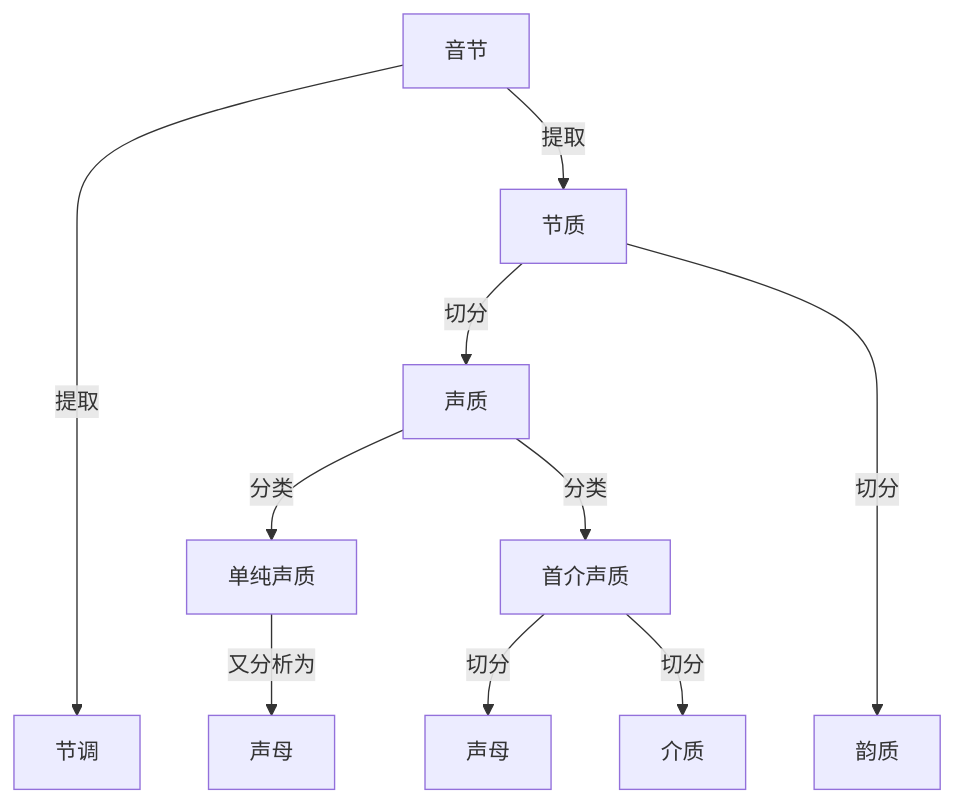
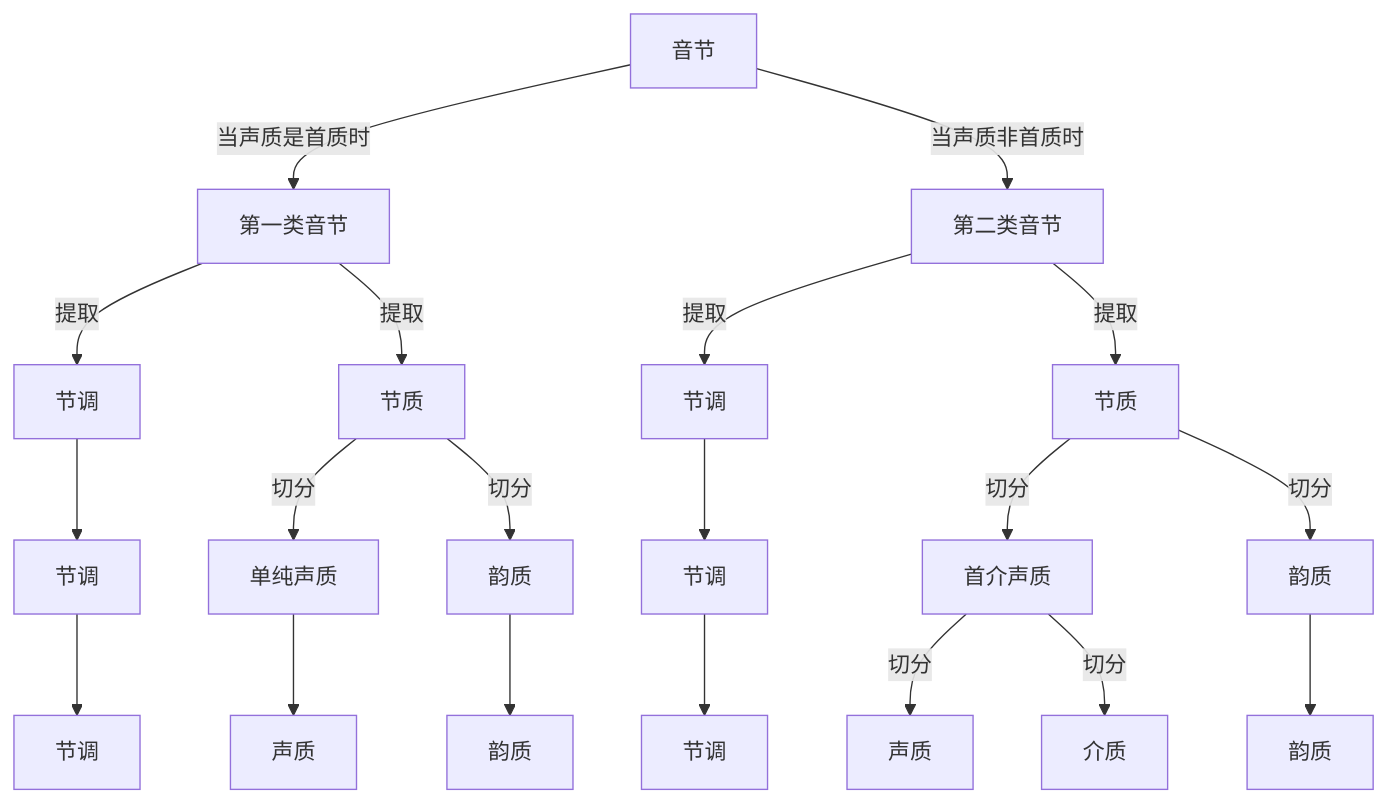
Before and after one commit to tsaanghwang/Yime-prototype: the diagram in YIME_Theory/flowchart/一式一调三质分析.mmd, drawn with Mermaid. The commit also changed other lines of this file and 24 other files, not shown here.

```diff
--- a/YIME_Theory/flowchart/一式一调三质分析.mmd
+++ b/YIME_Theory/flowchart/一式一调三质分析.mmd
@@ -1,13 +1,23 @@
+graph TB
+    A[音节] --> |当声质是首质时|B[第一类音节]
+    A --> |当声质非首质时|C[第二类音节]
 
+    B --> |提取|D[节调]
+    B --> |提取|E[节质]
+    C --> |提取|F[节调]
+    C --> |提取|G[节质]
+    D --> H[节调]
+    E --> |切分|I[单纯声质]
+    E --> |切分|J[韵质]
+    F --> K[节调]
+    G --> |切分|L[首介声质]
+    G --> |切分|M[韵质]
 
+    H --> N[节调]
+    I --> O[声质]
+    J --> P[韵质]
 
-graph TB
-    A[音节] -----> |提取|B[节调]
-    A --> |提取|C[节质]
-    C --> |切分|D[声质]
-    C ----> |切分|E[韵质]
-    D --> |分类|F[单纯声质]
-    D --> |分类|G[首介声质]
-    F --> |又分析为|H[声母]
-    G --> |切分|I[声母]
-    G --> |切分|J[介质]
+    K --> Q[节调]
+    L --> |切分|R[声质]
+    L --> |切分|S[介质]
+    M --> T[韵质]
```
